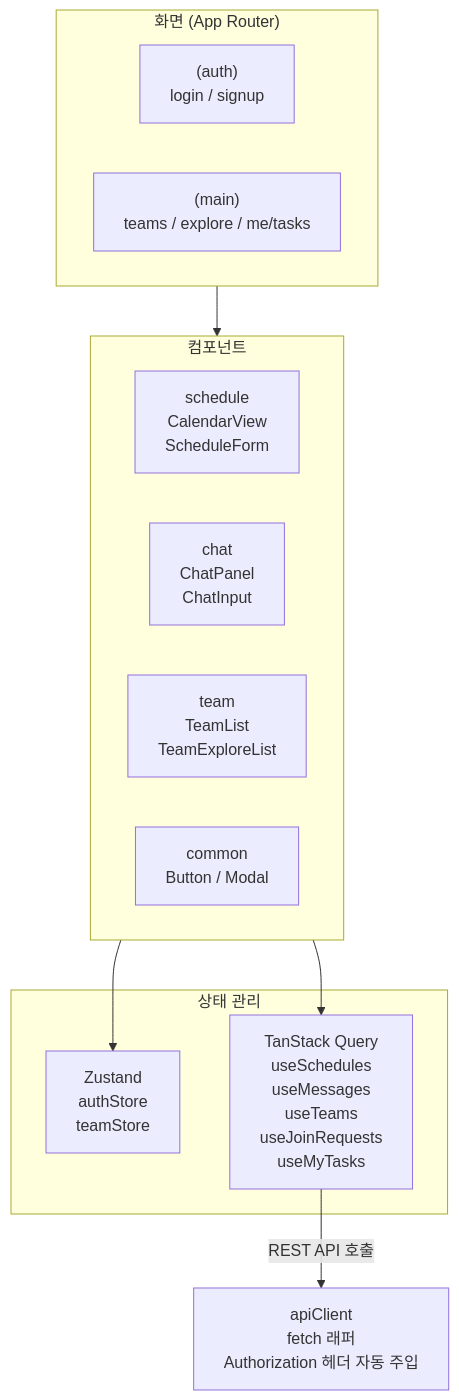
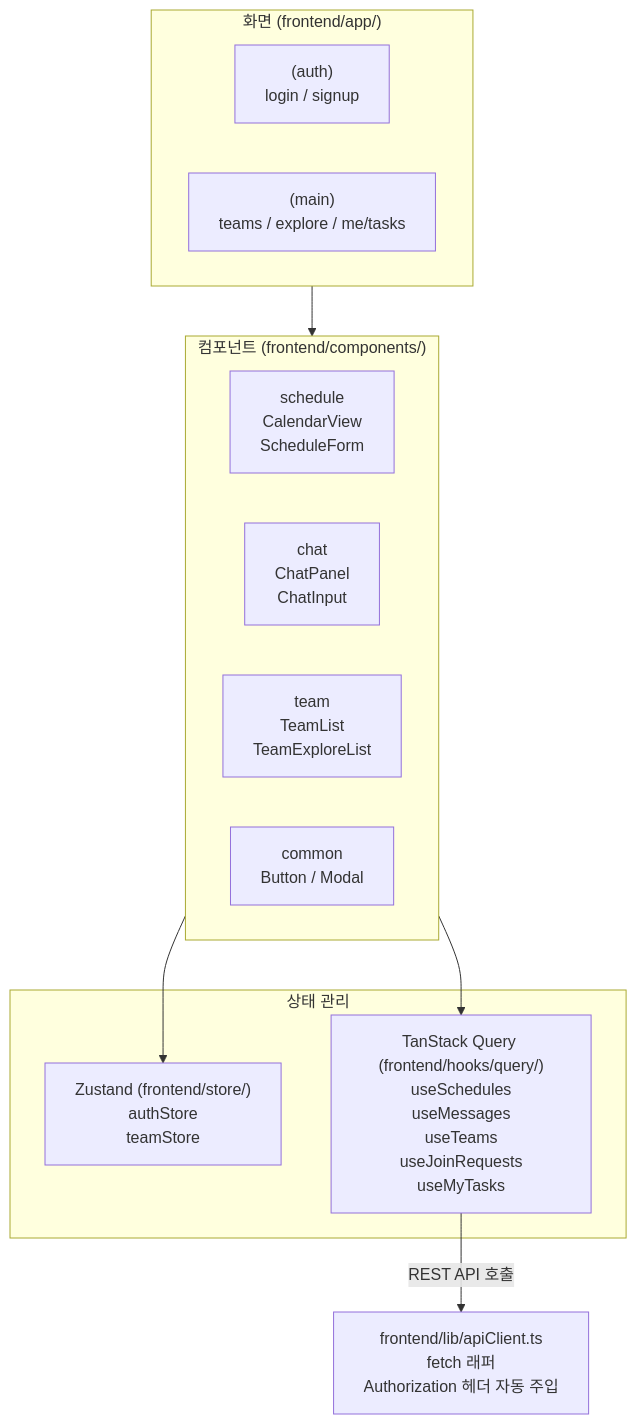
Before and after one commit to kreon720-ctrl/team-works: the fourth of 5 diagrams in docs/5-tech-arch-diagram.md, drawn with Mermaid. The commit also changed other lines of this file and 5 other files, not shown here.

````diff
--- a/docs/5-tech-arch-diagram.md
+++ b/docs/5-tech-arch-diagram.md
@@ -76,26 +77,26 @@
 ```mermaid
 graph TB
-    subgraph Pages["화면 (App Router)"]
+    subgraph Pages["화면 (frontend/app/)"]
         Auth["(auth)\nlogin / signup"]
         Main["(main)\nteams / explore / me/tasks"]
     end
 
-    subgraph Components["컴포넌트"]
+    subgraph Components["컴포넌트 (frontend/components/)"]
         Schedule["schedule\nCalendarView\nScheduleForm"]
         Chat["chat\nChatPanel\nChatInput"]
         Team["team\nTeamList\nTeamExploreList"]
         Common["common\nButton / Modal"]
     end
 
     subgraph State["상태 관리"]
-        Zustand["Zustand\nauthStore\nteamStore"]
-        TQ["TanStack Query\nuseSchedules\nuseMessages\nuseTeams\nuseJoinRequests\nuseMyTasks"]
+        Zustand["Zustand (frontend/store/)\nauthStore\nteamStore"]
+        TQ["TanStack Query (frontend/hooks/query/)\nuseSchedules\nuseMessages\nuseTeams\nuseJoinRequests\nuseMyTasks"]
     end
 
-    API["apiClient\nfetch 래퍼\nAuthorization 헤더 자동 주입"]
+    API["frontend/lib/apiClient.ts\nfetch 래퍼\nAuthorization 헤더 자동 주입"]
 
     Pages --> Components
     Components --> Zustand
     Components --> TQ
     TQ -- "REST API 호출" --> API
 ```
````
